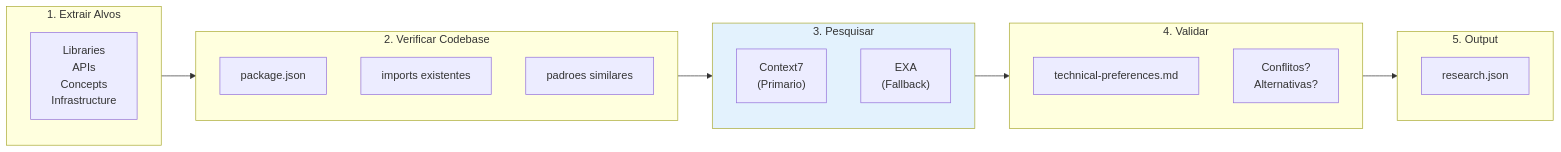
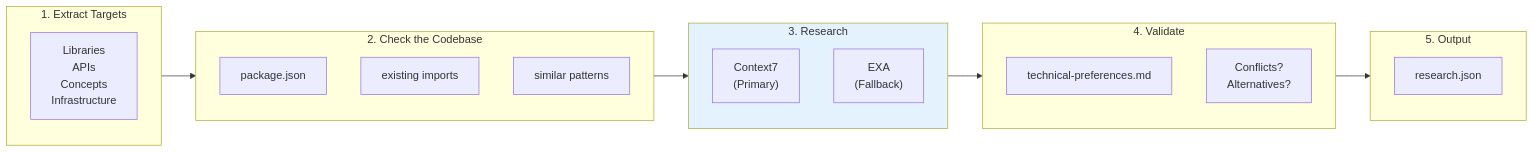
One commit to CyryxLabs/AEXOS changed the sixth of 17 diagrams in docs/aexos-workflows/spec-pipeline-workflow.md. Above: the diagram before and after it, drawn with Mermaid. The commit also changed other lines of this file and 528 other files, not shown here.

````diff
--- a/docs/aexos-workflows/spec-pipeline-workflow.md
+++ b/docs/aexos-workflows/spec-pipeline-workflow.md
@@ -390,30 +390,30 @@
 ```mermaid
 flowchart LR
-    subgraph Extract["1. Extrair Alvos"]
+    subgraph Extract["1. Extract Targets"]
         E1["Libraries<br/>APIs<br/>Concepts<br/>Infrastructure"]
     end
 
-    subgraph Check["2. Verificar Codebase"]
+    subgraph Check["2. Check the Codebase"]
         C1["package.json"]
-        C2["imports existentes"]
-        C3["padroes similares"]
+        C2["existing imports"]
+        C3["similar patterns"]
     end
 
-    subgraph Research["3. Pesquisar"]
-        R1["Context7<br/>(Primario)"]
+    subgraph Research["3. Research"]
+        R1["Context7<br/>(Primary)"]
         R2["EXA<br/>(Fallback)"]
     end
 
-    subgraph Validate["4. Validar"]
+    subgraph Validate["4. Validate"]
         V1["technical-preferences.md"]
-        V2["Conflitos?<br/>Alternativas?"]
+        V2["Conflicts?<br/>Alternatives?"]
     end
 
     subgraph Output["5. Output"]
         O1["research.json"]
     end
 
     Extract --> Check --> Research --> Validate --> Output
 
     style Research fill:#e3f2fd
 ```
````
